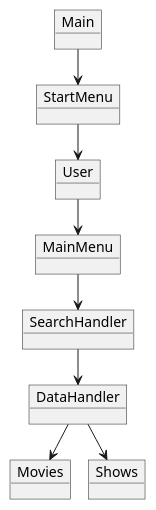
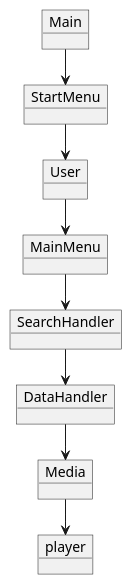
Before and after one commit to ValdemarLarsen02/SP3GruppeD: the diagram in .idea/Domain Model.puml, drawn with PlantUML. The commit also changed 1 other file, not shown here.

```diff
--- a/.idea/Domain Model.puml
+++ b/.idea/Domain Model.puml
@@ -1,28 +1,30 @@
 @startuml
 !pragma layout smetana
 
 object Main
 object StartMenu
 object MainMenu
-object Movies
-object Shows
+object Media
 object DataHandler
 object User
 object SearchHandler
+object player
 
 
 
 Main --> StartMenu
 StartMenu --> User
 User --> MainMenu
 MainMenu --> SearchHandler
 SearchHandler --> DataHandler
-DataHandler --> Movies
-DataHandler --> Shows
+DataHandler --> Media
+Media --> player
+
+
 
 
 
 
 
 
 @enduml
```
